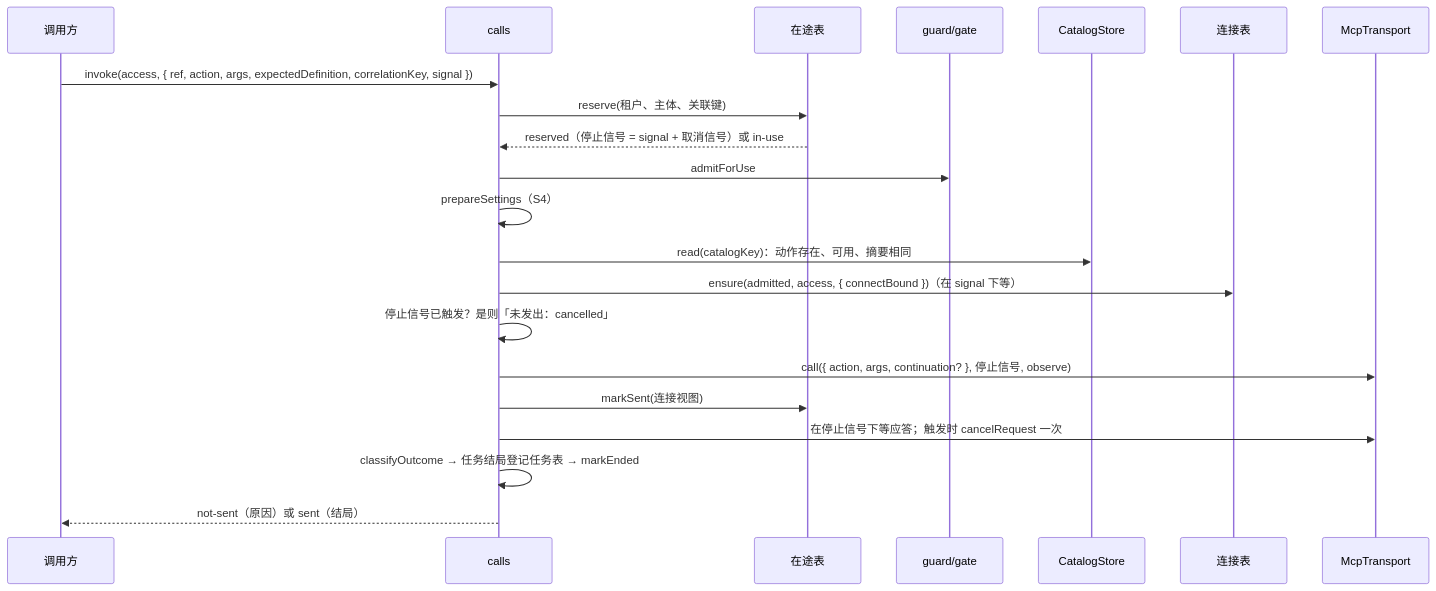
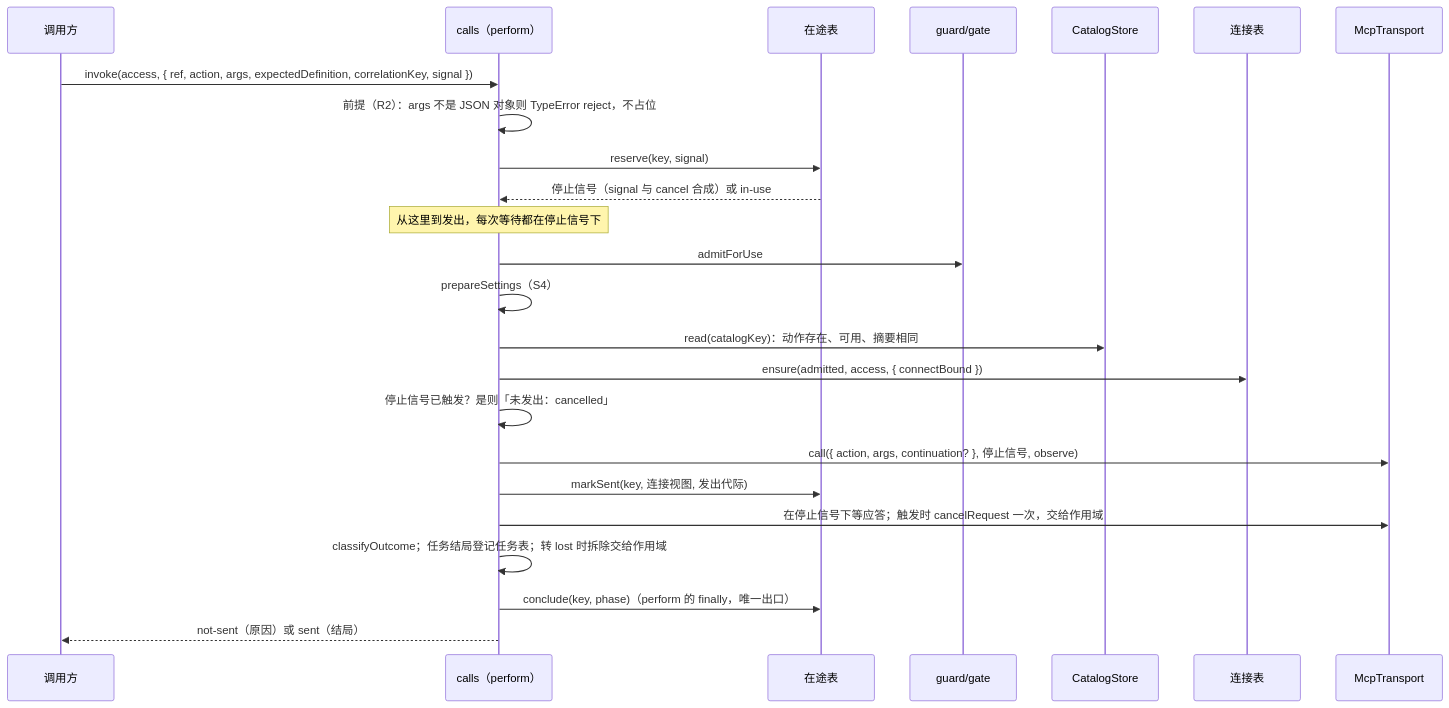
The third of 3 diagrams in packages/mcp/mcp/docs/flows.md (nemori-ai/omne-harness-lite), drawn with Mermaid before and after one commit. The commit also changed other lines of this file and 6 other files, not shown here.

````diff
--- a/packages/mcp/mcp/docs/flows.md
+++ b/packages/mcp/mcp/docs/flows.md
@@ -66,23 +66,26 @@
 ```mermaid
 sequenceDiagram
     participant C as 调用方
-    participant I as calls
+    participant I as calls（perform）
     participant F as 在途表
     participant G as guard/gate
     participant S as CatalogStore
     participant T as 连接表
     participant X as McpTransport
     C->>I: invoke(access, { ref, action, args, expectedDefinition, correlationKey, signal })
-    I->>F: reserve(租户、主体、关联键)
-    F-->>I: reserved（停止信号 = signal + 取消信号）或 in-use
+    I->>I: 前提（R2）：args 不是 JSON 对象则 TypeError reject，不占位
+    I->>F: reserve(key, signal)
+    F-->>I: 停止信号（signal 与 cancel 合成）或 in-use
+    note over I: 从这里到发出，每次等待都在停止信号下
     I->>G: admitForUse
     I->>I: prepareSettings（S4）
     I->>S: read(catalogKey)：动作存在、可用、摘要相同
-    I->>T: ensure(admitted, access, { connectBound })（在 signal 下等）
+    I->>T: ensure(admitted, access, { connectBound })
     I->>I: 停止信号已触发？是则「未发出：cancelled」
     I->>X: call({ action, args, continuation? }, 停止信号, observe)
-    I->>F: markSent(连接视图)
-    I->>X: 在停止信号下等应答；触发时 cancelRequest 一次
-    I->>I: classifyOutcome → 任务结局登记任务表 → markEnded
+    I->>F: markSent(key, 连接视图, 发出代际)
+    I->>X: 在停止信号下等应答；触发时 cancelRequest 一次，交给作用域
+    I->>I: classifyOutcome；任务结局登记任务表；转 lost 时拆除交给作用域
+    I->>F: conclude(key, phase)（perform 的 finally，唯一出口）
     I-->>C: not-sent（原因）或 sent（结局）
 ```
````
